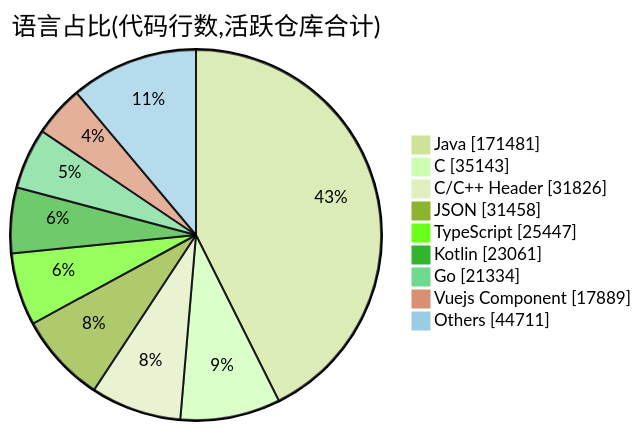
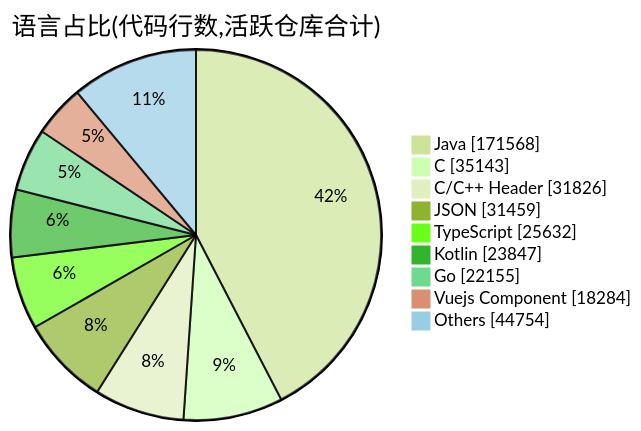
The second of 2 diagrams in profile/README.md (Conflux-Union/.github), drawn with Mermaid (forest theme) before and after one commit. The commit also changed other lines of this file and 1 other file, not shown here.

````diff
--- a/profile/README.md
+++ b/profile/README.md
@@ -83,13 +83,13 @@
 ```mermaid
 pie showData
     title 语言占比(代码行数,活跃仓库合计)
-    "Java" : 171481
+    "Java" : 171568
     "C" : 35143
     "C/C++ Header" : 31826
-    "JSON" : 31458
-    "TypeScript" : 25447
-    "Kotlin" : 23061
-    "Go" : 21334
-    "Vuejs Component" : 17889
-    "Others" : 44711
+    "JSON" : 31459
+    "TypeScript" : 25632
+    "Kotlin" : 23847
+    "Go" : 22155
+    "Vuejs Component" : 18284
+    "Others" : 44754
 ```
````
